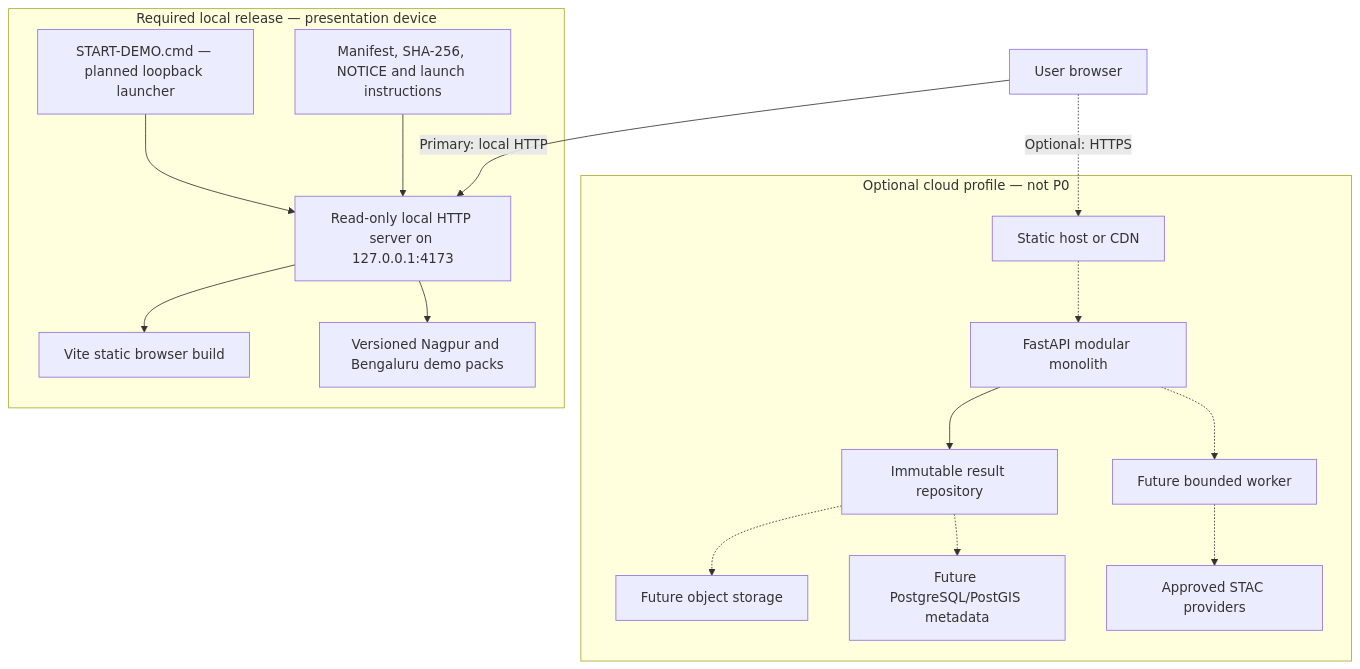
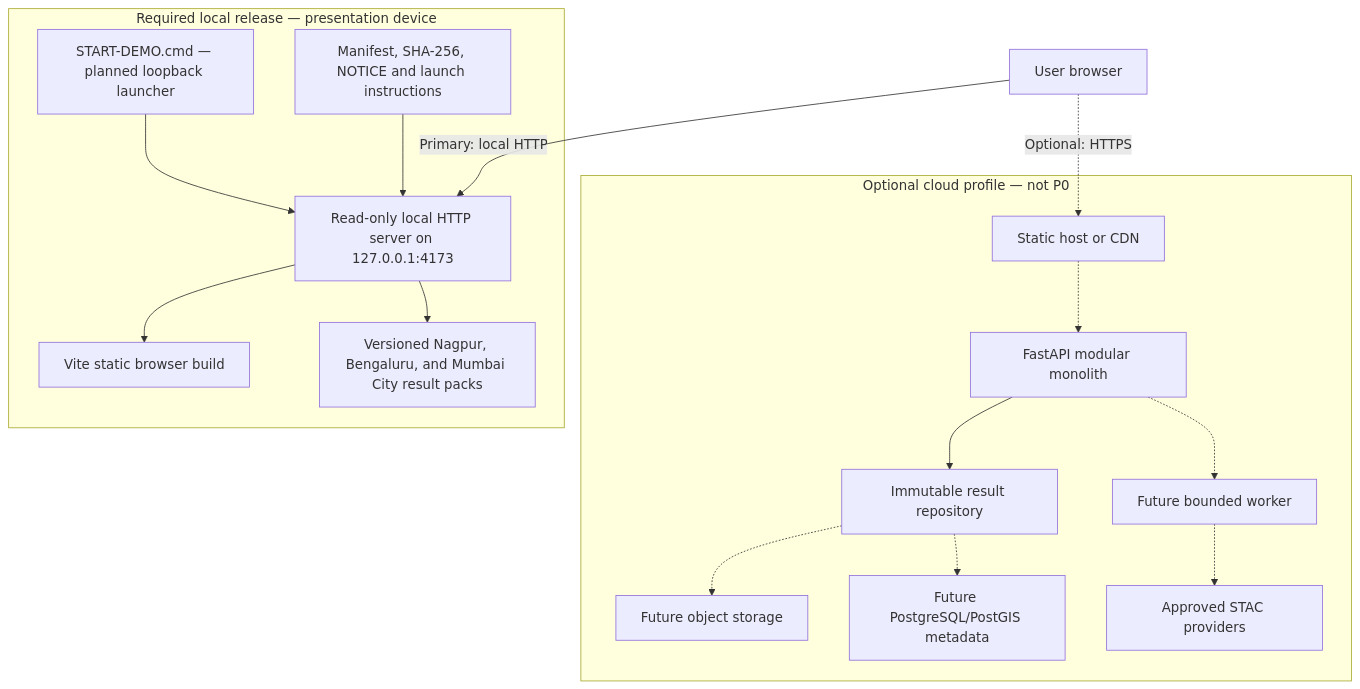
Before and after one commit to AtharvaLakhe/SPARC: the diagram in docs/deployment-guide.md, drawn with Mermaid. The commit also changed other lines of this file and 82 other files, not shown here.

````diff
--- a/docs/deployment-guide.md
+++ b/docs/deployment-guide.md
@@ -31,35 +31,35 @@
 ```mermaid
 flowchart TB
     User["User browser"]
 
     subgraph Local["Required local release — presentation device"]
         Launcher["START-DEMO.cmd — planned loopback launcher"]
         Static["Read-only local HTTP server on 127.0.0.1:4173"]
         Web["Vite static browser build"]
-        Pack["Versioned Nagpur and Bengaluru demo packs"]
+        Pack["Versioned Nagpur, Bengaluru, and Mumbai City result packs"]
         Checks["Manifest, SHA-256, NOTICE and launch instructions"]
         Launcher --> Static
         Static --> Web
         Static --> Pack
         Checks --> Static
     end
 
     subgraph OptionalCloud["Optional cloud profile — not P0"]
         CDN["Static host or CDN"]
         API["FastAPI modular monolith"]
         Repo["Immutable result repository"]
         Objects["Future object storage"]
         Metadata["Future PostgreSQL/PostGIS metadata"]
         Worker["Future bounded worker"]
         Providers["Approved STAC providers"]
         API --> Repo
         Repo -.-> Objects
         Repo -.-> Metadata
         API -.-> Worker
         Worker -.-> Providers
     end
 
     User -->|"Primary: local HTTP"| Static
     User -.->|"Optional: HTTPS"| CDN
     CDN -.-> API
 ```
````
